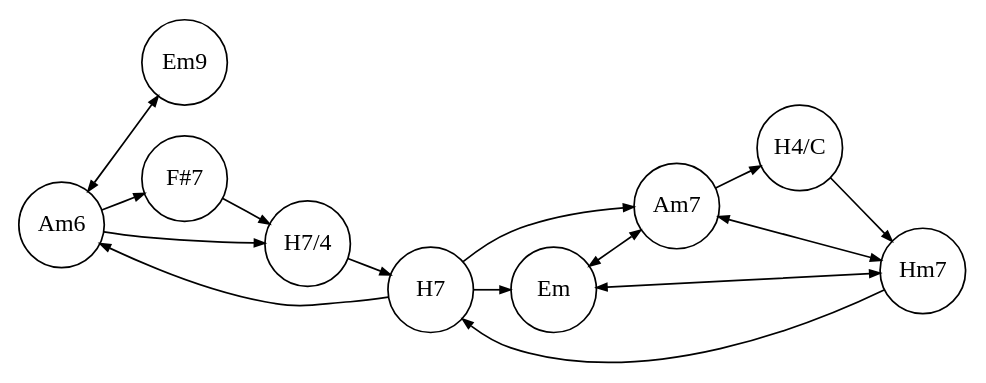
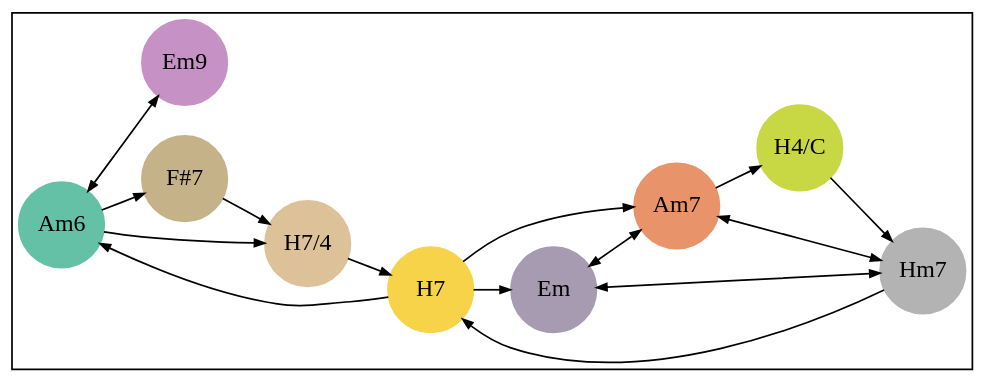
Before and after one commit to bzamecnik/music-viz: the diagram in hladova-zed/hladova-zed-chord-state-diagram.gv, drawn with Graphviz. The commit also changed 7 other files, not shown here.

First line of the commit message:
Colorize the graphs to match other diagrams.

```diff
--- a/hladova-zed/hladova-zed-chord-state-diagram.gv
+++ b/hladova-zed/hladova-zed-chord-state-diagram.gv
@@ -1,32 +1,32 @@
 digraph {
-	graph [concentrate=true margin=0.2 nodesep=0.25 rankdir=LR ranksep=0.3]
+	graph [colorscheme=paired9 concentrate=true margin=0.2 nodesep=0.25 rankdir=LR ranksep=0.3]
 	node [fixedsize=true height=0.7 shape=circle width=0.7]
 	edge [arrowsize=0.6]
-		Am6
-		Am7
-		Em
-		Em9
-		"F#7"
-		"H4/C"
-		H7
-		"H7/4"
-		Hm7
+		Am6 [color="0.447464, 0.474227, 0.760784" style=filled]
+		Am7 [color="0.053934, 0.545932, 0.916724" style=filled]
+		Em [color="0.761791, 0.124472, 0.695963" style=filled]
+		Em9 [color="0.834160, 0.263164, 0.777163" style=filled]
+		"F#7" [color="0.112061, 0.301766, 0.774933" style=filled]
+		"H4/C" [color="0.184241, 0.678869, 0.848597" style=filled]
+		H7 [color="0.131490, 0.700242, 0.972411" style=filled]
+		"H7/4" [color="0.098765, 0.311125, 0.868820" style=filled]
+		Hm7 [color="0.000000, 0.000000, 0.701961" style=filled]
 			Am6 -> Em9
 			Am6 -> "F#7"
 			Am6 -> "H7/4"
 			Am7 -> Em
 			Am7 -> "H4/C"
 			Am7 -> Hm7
 			Em -> Am7
 			Em -> Hm7
 			Em9 -> Am6
 			"F#7" -> "H7/4"
 			"H4/C" -> Hm7
 			H7 -> Am6
 			H7 -> Am7
 			H7 -> Em
 			"H7/4" -> H7
 			Hm7 -> Am7
 			Hm7 -> Em
 			Hm7 -> H7
 }
```
